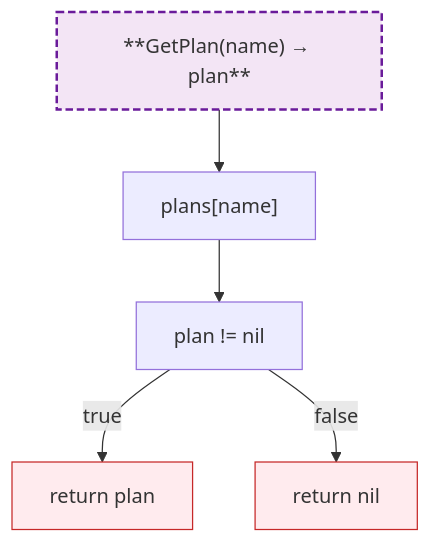
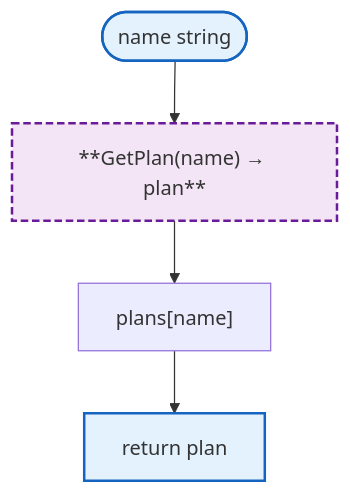
One commit to radch-ai/ava changed the first of 5 diagrams in docs/config/plans.md. Above: the diagram before and after it, drawn with Mermaid. The commit also changed other lines of this file and 23 other files, not shown here.

First line of the commit message:
docs: replace Functions sections with separate flowcharts for each function

````diff
--- a/docs/config/plans.md
+++ b/docs/config/plans.md
@@ -7,14 +33,12 @@
 ```mermaid
 flowchart TB
-    HStart["**GetPlan(name) → plan**"]
-    HStart --> Lookup["plans[name]"]
-    Lookup --> CheckPlan["plan != nil"]
-    CheckPlan -->|true| Success["return plan"]
-    CheckPlan -->|false| Failure["return nil"]
+    Start([name string]) --> HGetPlan["**GetPlan(name) → plan**"]
+    HGetPlan --> Lookup["plans[name]"]
+    Lookup --> Return["return plan"]
 
+    classDef mainFn fill:#e3f2fd,stroke:#1565c0,stroke-width:2px
     classDef internalFn fill:#f3e5f5,stroke:#6a1b9a,stroke-width:2px,stroke-dasharray:6 3
-    classDef errorFlow fill:#ffebee,stroke:#c62828,stroke-width:1px
 
-    class HStart internalFn
-    class Success,Failure errorFlow
+    class Start,Return mainFn
+    class HGetPlan internalFn
 ```
````
